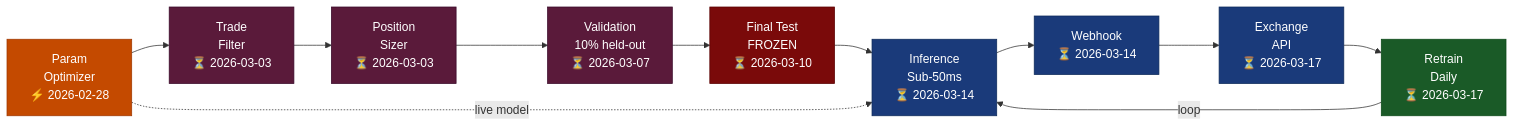
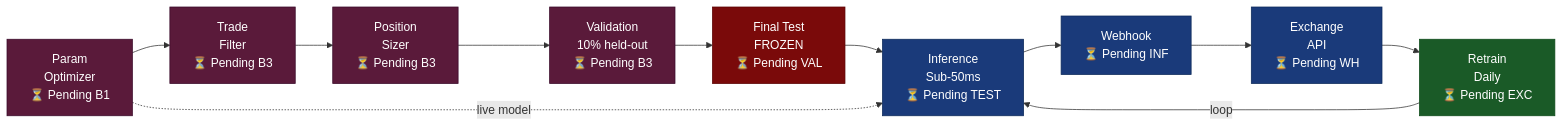
The fourth of 6 diagrams in uml/strategy-system-flow.md (S23Web3/Vault), drawn with Mermaid before and after one commit. The commit also changed other lines of this file and 245 other files, not shown here.

````diff
--- a/uml/strategy-system-flow.md
+++ b/uml/strategy-system-flow.md
@@ -77,24 +119,24 @@
 ```mermaid
 flowchart LR
-    M3[Param\nOptimizer\n⚡ 2026-02-28]
-    M3 --> M4[Trade\nFilter\n⏳ 2026-03-03]
-    M4 --> M5[Position\nSizer\n⏳ 2026-03-03]
-    M5 --> VAL[Validation\n10% held-out\n⏳ 2026-03-07]
-    VAL --> TEST[Final Test\nFROZEN\n⏳ 2026-03-10]
-    TEST --> INF[Inference\nSub-50ms\n⏳ 2026-03-14]
-    INF --> WH[Webhook\n⏳ 2026-03-14]
-    WH --> EXC[Exchange\nAPI\n⏳ 2026-03-17]
-    EXC --> RET[Retrain\nDaily\n⏳ 2026-03-17]
+    M3[Param\nOptimizer\n⏳ Pending B1]
+    M3 --> M4[Trade\nFilter\n⏳ Pending B3]
+    M4 --> M5[Position\nSizer\n⏳ Pending B3]
+    M5 --> VAL[Validation\n10% held-out\n⏳ Pending B3]
+    VAL --> TEST[Final Test\nFROZEN\n⏳ Pending VAL]
+    TEST --> INF[Inference\nSub-50ms\n⏳ Pending TEST]
+    INF --> WH[Webhook\n⏳ Pending INF]
+    WH --> EXC[Exchange\nAPI\n⏳ Pending WH]
+    EXC --> RET[Retrain\nDaily\n⏳ Pending EXC]
     RET -->|loop| INF
     M3 -.->|live model| INF
 
-    style M3   fill:#c44a00,color:#fff,stroke:#a03800
+    style M3   fill:#5a1a3a,color:#fff,stroke:#3a0a2a
     style M4   fill:#5a1a3a,color:#fff,stroke:#3a0a2a
     style M5   fill:#5a1a3a,color:#fff,stroke:#3a0a2a
     style VAL  fill:#5a1a3a,color:#fff,stroke:#3a0a2a
     style TEST fill:#7a0a0a,color:#fff,stroke:#5a0000
     style INF  fill:#1a3a7a,color:#fff,stroke:#0d2a5a
     style WH   fill:#1a3a7a,color:#fff,stroke:#0d2a5a
     style EXC  fill:#1a3a7a,color:#fff,stroke:#0d2a5a
     style RET  fill:#1a5a27,color:#fff,stroke:#0d4a18
 ```
````
